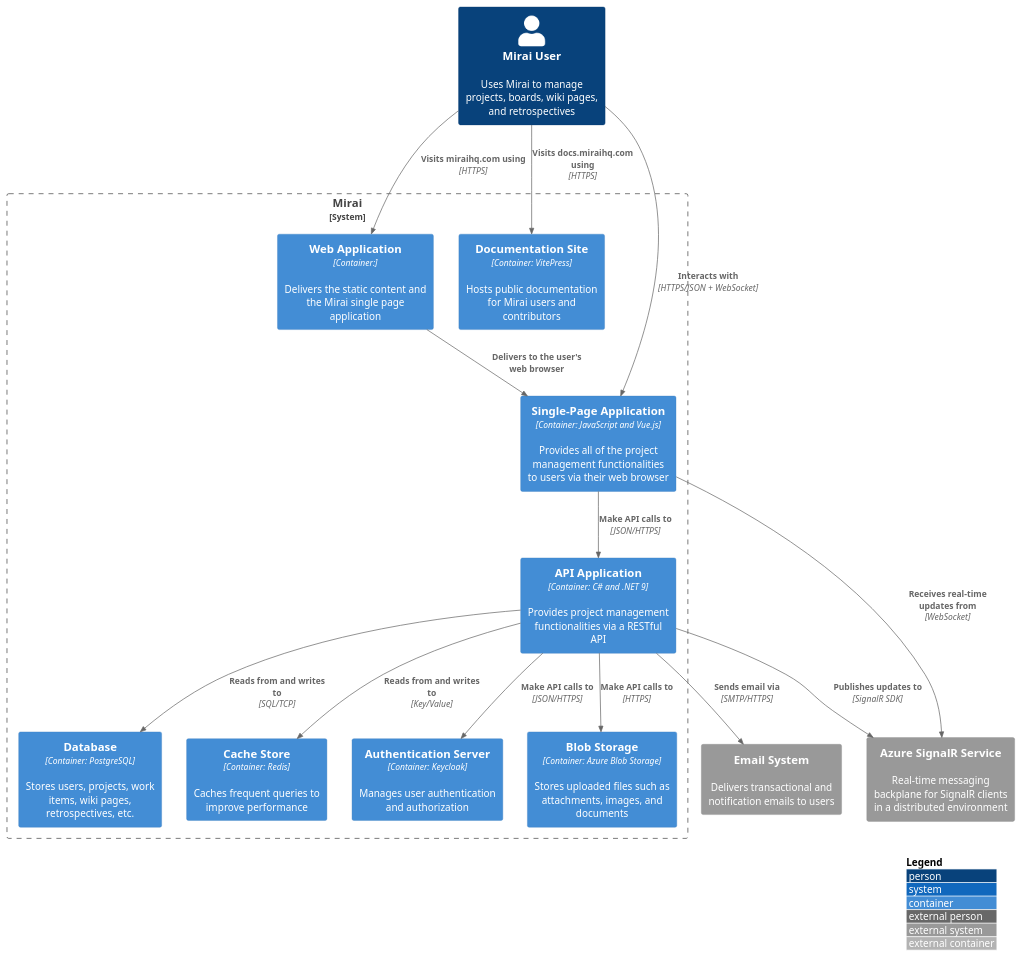
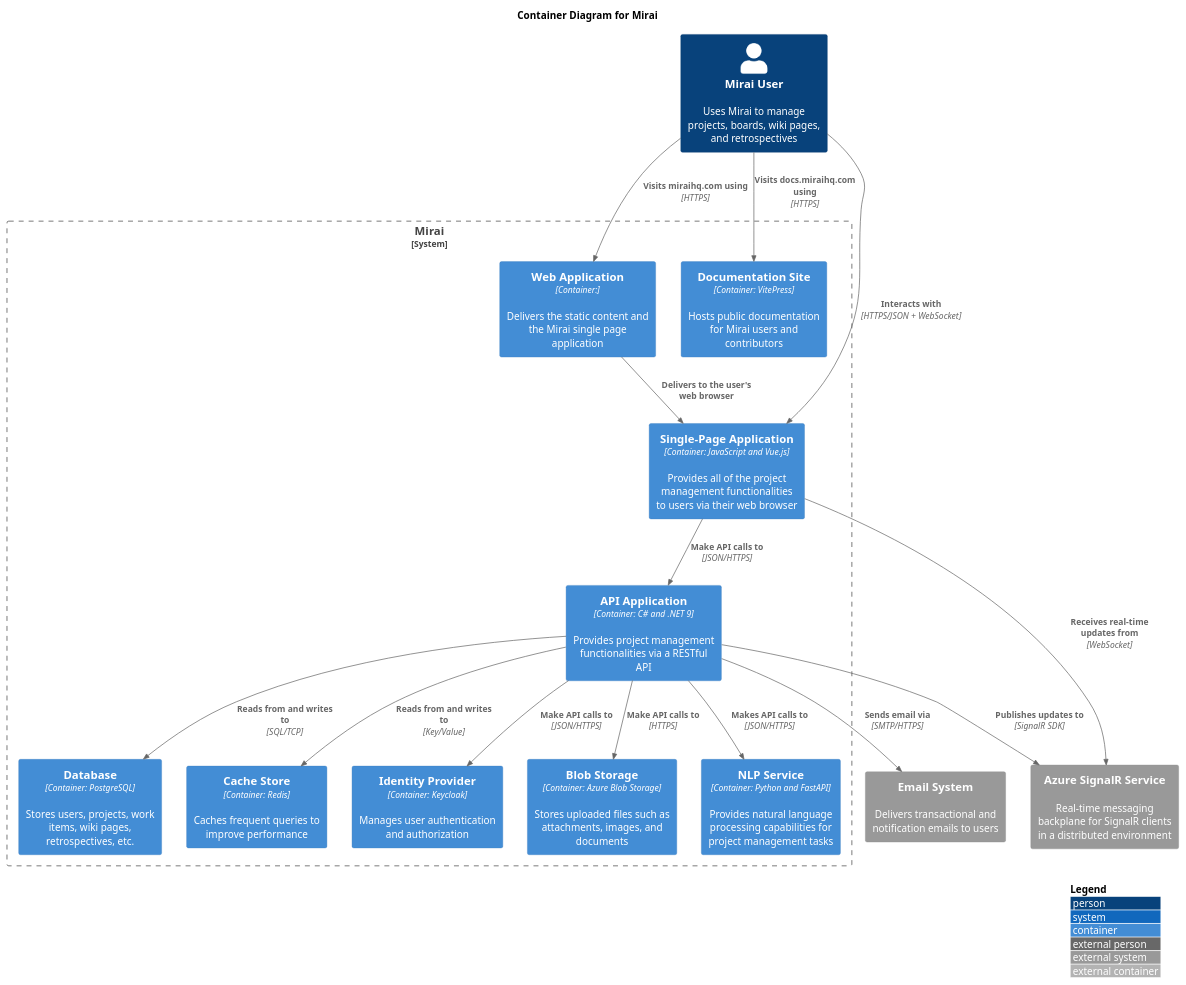
Before and after one commit to kauanhindlmayer/mirai-docs: the diagram in docs/diagrams/container-diagram.puml, drawn with PlantUML. The commit also changed 9 other files, not shown here.

Commit message:
docs: add work item state diagram

```diff
--- a/docs/diagrams/container-diagram.puml
+++ b/docs/diagrams/container-diagram.puml
@@ -1,42 +1,45 @@
 @startuml "container-diagram"
 !includeurl https://raw.githubusercontent.com/plantuml-stdlib/C4-PlantUML/master/C4_Container.puml
+title Container Diagram for Mirai
 
 LAYOUT_WITH_LEGEND()
 
 ' Define users
 Person(user, "Mirai User", "Uses Mirai to manage projects, boards, wiki pages, and retrospectives")
 
 ' Define Mirai system boundary and containers
 System_Boundary(miraiBoundary, "Mirai") {
   Container(webApp, "Web Application", "Container:", "Delivers the static content and the Mirai single page application")
   Container(spa, "Single-Page Application", "Container: JavaScript and Vue.js", "Provides all of the project management functionalities to users via their web browser")
   Container(api, "API Application", "Container: C# and .NET 9", "Provides project management functionalities via a RESTful API")
   Container(db, "Database", "Container: PostgreSQL", "Stores users, projects, work items, wiki pages, retrospectives, etc.")
   Container(redisCache, "Cache Store", "Container: Redis", "Caches frequent queries to improve performance")
-  Container(auth, "Authentication Server", "Container: Keycloak", "Manages user authentication and authorization")
+  Container(auth, "Identity Provider", "Container: Keycloak", "Manages user authentication and authorization")
   Container(docs, "Documentation Site", "Container: VitePress", "Hosts public documentation for Mirai users and contributors")
   Container(blob, "Blob Storage", "Container: Azure Blob Storage", "Stores uploaded files such as attachments, images, and documents")
+  Container(nlpService, "NLP Service", "Container: Python and FastAPI", "Provides natural language processing capabilities for project management tasks")
 }
 
 ' Define external systems
 System_Ext(emailService, "Email System", "Delivers transactional and notification emails to users")
 System_Ext(azureSignalR, "Azure SignalR Service", "Real-time messaging backplane for SignalR clients in a distributed environment")
 
 ' Relationships
 Rel(user, webApp, "Visits miraihq.com using", "HTTPS")
 Rel(webApp, spa, "Delivers to the user's web browser")
 Rel(user, spa, "Interacts with", "HTTPS/JSON + WebSocket")
 
 Rel(spa, api, "Make API calls to", "JSON/HTTPS")
 Rel(spa, azureSignalR, "Receives real-time updates from", "WebSocket")
 
 Rel(api, db, "Reads from and writes to", "SQL/TCP")
 Rel(api, redisCache, "Reads from and writes to", "Key/Value")
 Rel(api, azureSignalR, "Publishes updates to", "SignalR SDK")
 Rel(api, auth, "Make API calls to", "JSON/HTTPS")
 Rel(api, emailService, "Sends email via", "SMTP/HTTPS")
 Rel(api, blob, "Make API calls to", "HTTPS")
+Rel(api, nlpService, "Makes API calls to", "JSON/HTTPS")
 
 Rel(user, docs, "Visits docs.miraihq.com using", "HTTPS")
 
 @enduml
```
